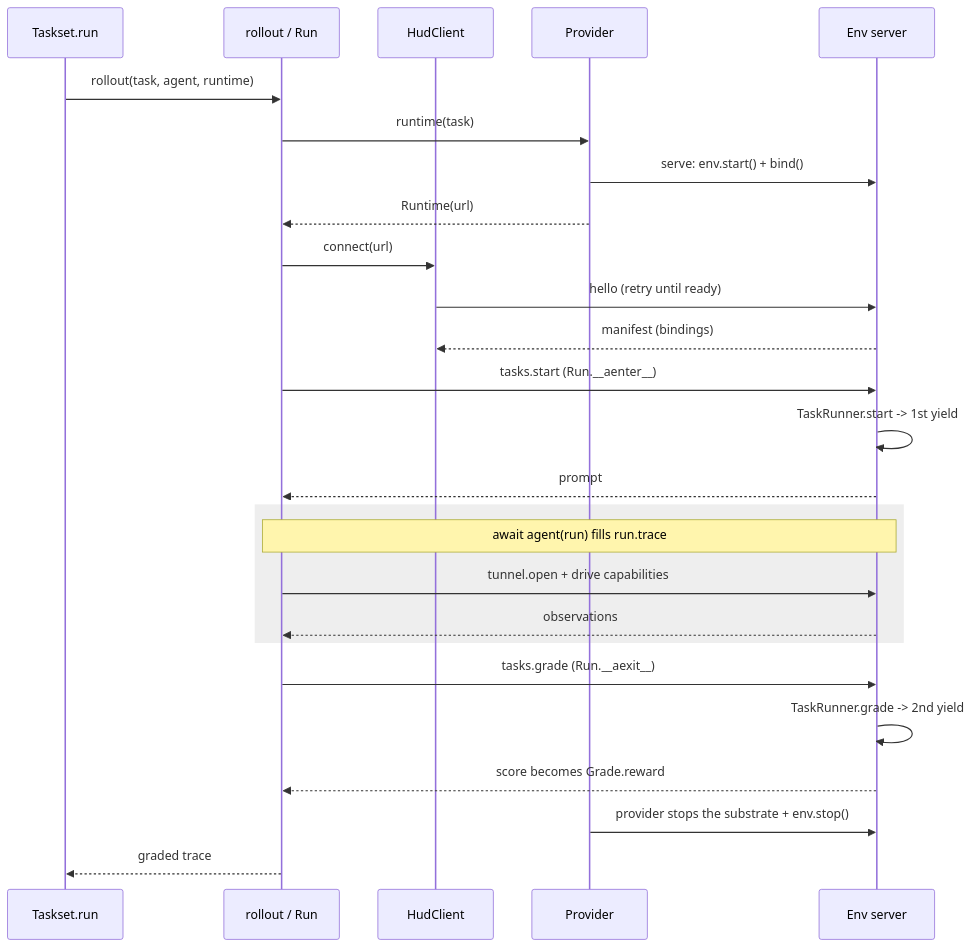
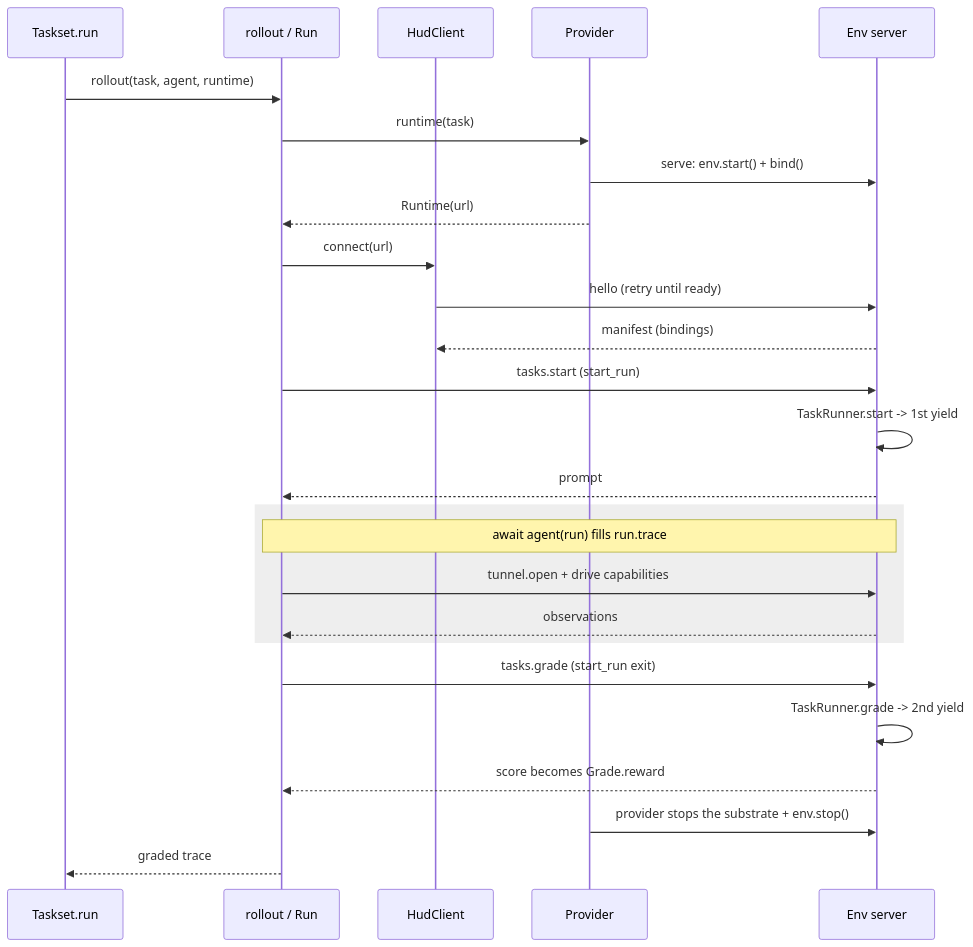
Before and after one commit to hud-evals/hud-python: the diagram in docs/v6/internals/walkthrough.mdx, drawn with Mermaid. The commit also changed other lines of this file and 19 other files, not shown here.

First line of the commit message:
refactor: make Run the agent's data and move its lifecycle to start_run

````diff
--- a/docs/v6/internals/walkthrough.mdx
+++ b/docs/v6/internals/walkthrough.mdx
@@ -705,28 +699,28 @@
 ```mermaid
 sequenceDiagram
     participant Sched as Taskset.run
     participant Roll as rollout / Run
     participant Cli as HudClient
     participant Prov as Provider
     participant Env as Env server
     Sched->>Roll: rollout(task, agent, runtime)
     Roll->>Prov: runtime(task)
     Prov->>Env: serve: env.start() + bind()
     Prov-->>Roll: Runtime(url)
     Roll->>Cli: connect(url)
     Cli->>Env: hello (retry until ready)
     Env-->>Cli: manifest (bindings)
-    Roll->>Env: tasks.start (Run.__aenter__)
+    Roll->>Env: tasks.start (start_run)
     Env->>Env: TaskRunner.start -> 1st yield
     Env-->>Roll: prompt
     rect rgb(238,238,238)
     Note over Roll,Env: await agent(run) fills run.trace
     Roll->>Env: tunnel.open + drive capabilities
     Env-->>Roll: observations
     end
-    Roll->>Env: tasks.grade (Run.__aexit__)
+    Roll->>Env: tasks.grade (start_run exit)
     Env->>Env: TaskRunner.grade -> 2nd yield
     Env-->>Roll: score becomes Grade.reward
     Prov->>Env: provider stops the substrate + env.stop()
     Roll-->>Sched: graded trace
 ```
````
